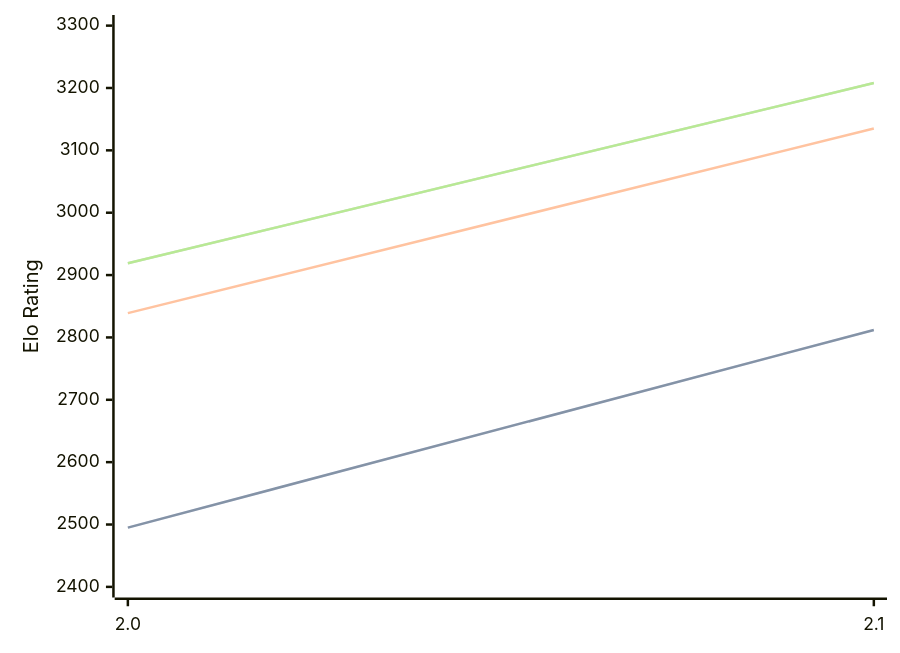
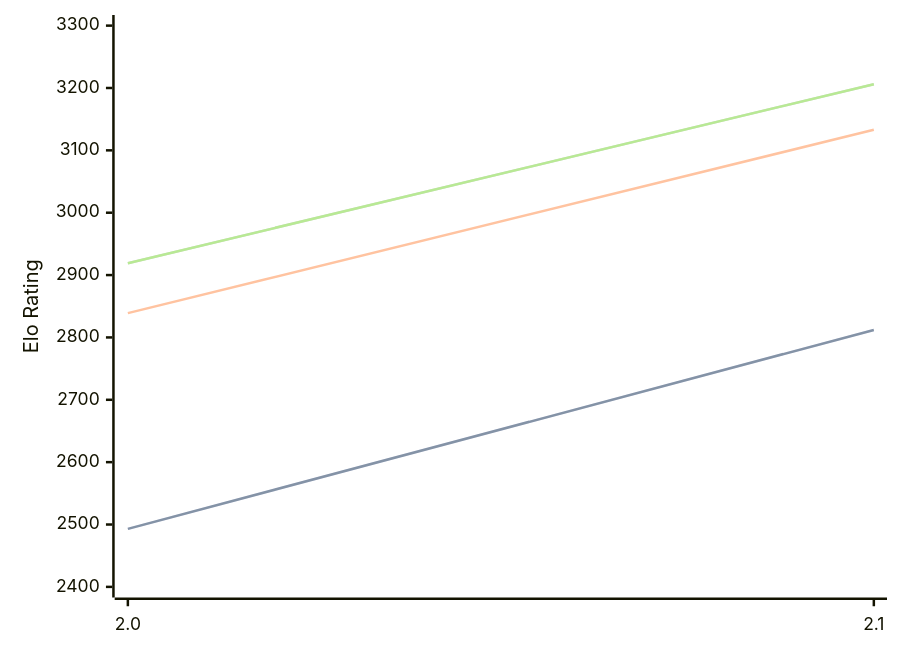
The diagram in engines/Tunguska.md (computer-chess-index/cci), drawn with Mermaid before and after one commit. The commit also changed other lines of this file, not shown here.

Commit message:
Update CCI Ratings (ELO VLTC) - 2026-07-27

````diff
--- a/engines/Tunguska.md
+++ b/engines/Tunguska.md
@@ -32,11 +32,11 @@
 ```mermaid
 %%{init: {"theme":"base","themeVariables":{"seriesColors:['#a3a3a3','#222221','#faa371']}}}%%
 xychart-beta
   x-axis ["2.0", "2.1"]
   y-axis "Elo Rating" 2400 --> 3300
-  line "STC (8.0+0.08s)" [2495, 2812]
-  line "STC (8.0+0.08s)" [2495, 2812]
-  line "LTC (60.0+0.60s)" [2839, 3135]
-  line "VLTC (2m24s+1.12s)" [2919, 3208]
-  line "VLTC (2m24s+1.12s)" [2919, 3208]
+  line "STC (8.0+0.08s)" [2493, 2812]
+  line "STC (8.0+0.08s)" [2493, 2812]
+  line "LTC (60.0+0.60s)" [2839, 3133]
+  line "VLTC (2m24s+1.12s)" [2919, 3206]
+  line "VLTC (2m24s+1.12s)" [2919, 3206]
 ```
````
